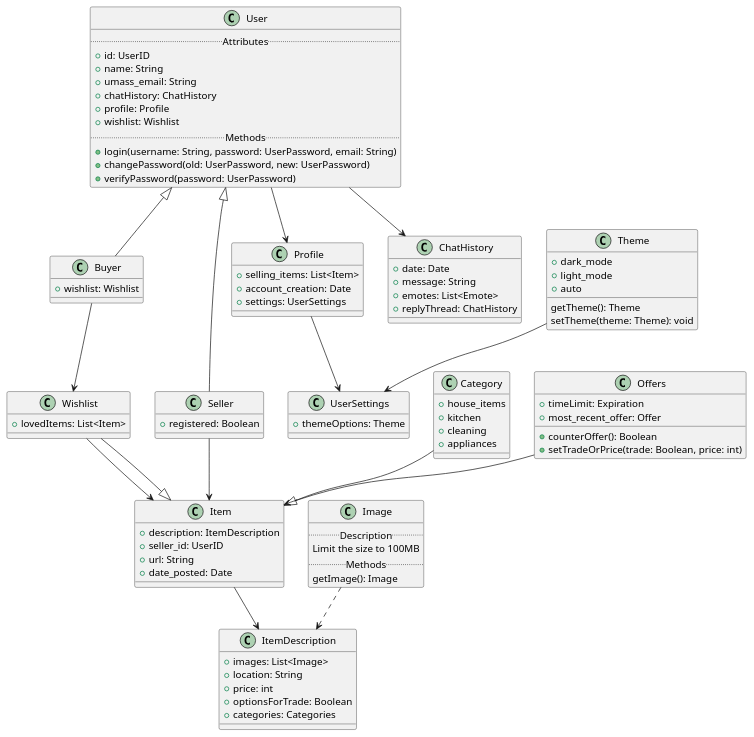
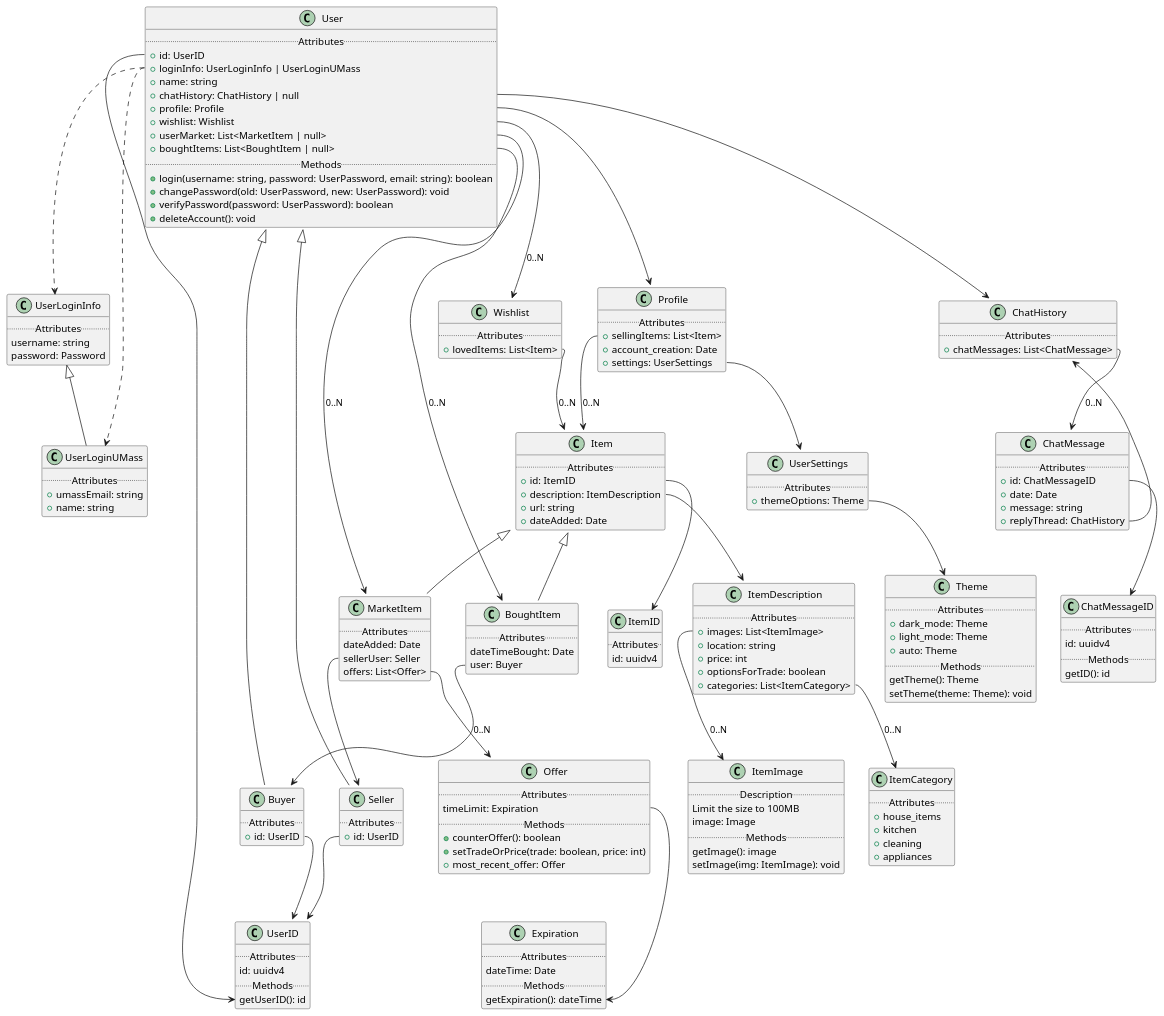
The diagram in projectDiagram.puml (sophiatangg/CS320-Student-Marketplace), drawn with PlantUML before and after one commit.

```diff
--- a/projectDiagram.puml
+++ b/projectDiagram.puml
@@ -7,111 +7,213 @@
 class User {
   .. Attributes ..
   + id: UserID
-  + name: String
-  + umass_email: String
-  + chatHistory: ChatHistory
+  + loginInfo: UserLoginInfo | UserLoginUMass
+  + name: string
+  + chatHistory: ChatHistory | null
   + profile: Profile
   + wishlist: Wishlist
+  + userMarket: List<MarketItem | null>
+  + boughtItems: List<BoughtItem | null>
   .. Methods ..
-  + login(username: String, password: UserPassword, email: String)
-  + changePassword(old: UserPassword, new: UserPassword)
-  + verifyPassword(password: UserPassword)
+  + login(username: string, password: UserPassword, email: string): boolean
+  + changePassword(old: UserPassword, new: UserPassword): void
+  + verifyPassword(password: UserPassword): boolean
+  + deleteAccount(): void
 }
 
-class Buyer {
-  + wishlist: Wishlist
+class UserLoginInfo {
+  .. Attributes ..
+  username: string
+  password: Password
 }
 
-class Seller {
-  + registered: Boolean
+class UserLoginUMass extends UserLoginInfo {
+  .. Attributes ..
+  + umassEmail: string
+  + name: string
 }
 
-User <|-- Buyer
-User <|-- Seller
+class UserID {
+  .. Attributes ..
+  id: uuidv4
+  .. Methods ..
+  getUserID(): id
+}
+
+class Buyer extends User {
+  .. Attributes ..
+  + id: UserID
+}
+
+
+class Seller extends User {
+  .. Attributes ..
+  + id: UserID
+}
+
+
 
 class Item {
+  .. Attributes ..
+  + id: ItemID
   + description: ItemDescription
-  + seller_id: UserID
-  + url: String
-  + date_posted: Date
+  + url: string
+  + dateAdded: Date
 }
 
+class MarketItem extends Item{
+  .. Attributes ..
+  dateAdded: Date
+  sellerUser: Seller
+  offers: List<Offer>
+}
+
+class BoughtItem extends Item {
+  .. Attributes ..
+  dateTimeBought: Date
+  user: Buyer
+}
+
+
+class ItemID{
+  .. Attributes ..
+  id: uuidv4
+}
+
+
 class Wishlist {
+  .. Attributes ..
   + lovedItems: List<Item>
 }
 
-Item <|-- Wishlist
 
 class ItemDescription {
-  + images: List<Image>
-  + location: String
+  .. Attributes ..
+  + images: List<ItemImage>
+  + location: string
   + price: int
-  + optionsForTrade: Boolean
-  + categories: Categories
+  + optionsForTrade: boolean
+  + categories: List<ItemCategory>
 }
 
-Item --> ItemDescription
 
-class Image{
+class ItemImage{
   .. Description ..
   Limit the size to 100MB
+  image: Image
   .. Methods ..
-  getImage(): Image
+  getImage(): image
+  setImage(img: ItemImage): void
 }
 
-Image ..> ItemDescription
 
-class Category {
+class ItemCategory {
+  .. Attributes ..
   + house_items
   + kitchen
   + cleaning
   + appliances
 }
 
-Category --|> Item
-
 class Profile {
-  + selling_items: List<Item>
+  .. Attributes ..
+  + sellingItems: List<Item>
   + account_creation: Date
   + settings: UserSettings
 }
 
-User --> Profile
 
 class ChatHistory {
+  .. Attributes ..
+  + chatMessages: List<ChatMessage>
+}
+
+class ChatMessage {
+  .. Attributes ..
+  + id: ChatMessageID
   + date: Date
-  + message: String
-  + emotes: List<Emote>
+  + message: string
   + replyThread: ChatHistory
 }
 
-User --> ChatHistory
+
+class ChatMessageID {
+  .. Attributes ..
+  id: uuidv4
+  .. Methods ..
+  getID(): id
+}
+
 
 class UserSettings {
+  .. Attributes ..
   + themeOptions: Theme
 }
 
-Profile --> UserSettings
 
 class Theme {
-  + dark_mode
-  + light_mode
-  + auto
+  .. Attributes ..
+  + dark_mode: Theme
+  + light_mode: Theme
+  + auto: Theme
+  .. Methods ..
   getTheme(): Theme
   setTheme(theme: Theme): void
 }
 
-Theme --> UserSettings
-
-class Offers {
-  + timeLimit: Expiration
-  + counterOffer(): Boolean
-  + setTradeOrPrice(trade: Boolean, price: int)
+class Offer {
+  .. Attributes ..
+  timeLimit: Expiration
+  .. Methods ..
+  + counterOffer(): boolean
+  + setTradeOrPrice(trade: boolean, price: int)
   + most_recent_offer: Offer
 }
 
-Buyer --> Wishlist
-Seller --> Item
-Wishlist --> Item
-Offers --> Item
+
+class Expiration{
+  .. Attributes ..
+  dateTime: Date
+  .. Methods ..
+  getExpiration(): dateTime
+}
+
+
+User::id --> UserID::getUserID
+User::loginInfo ..> UserLoginInfo
+User::loginInfo ..> UserLoginUMass
+User::chatHistory --> ChatHistory
+User::userMarket --> MarketItem: "0..N"
+User::wishlist --> Wishlist: "0..N"
+User::boughtItems --> BoughtItem: "0..N"
+User::profile --> Profile
+
+Buyer::id --> UserID
+Seller::id --> UserID
+
+MarketItem::sellerUser --> Seller
+MarketItem::offers --> Offer: "0..N"
+
+BoughtItem::user --> Buyer
+
+Item::id --> ItemID
+Item::description --> ItemDescription
+
+Wishlist::lovedItems --> Item: "0..N"
+
+ItemDescription::images --> ItemImage: "0..N"
+ItemDescription::categories --> ItemCategory: "0..N"
+
+Profile::sellingItems --> Item: "0..N"
+Profile::settings --> UserSettings
+
+ChatMessage::id --> ChatMessageID
+ChatMessage::replyThread --> ChatHistory
+
+ChatHistory::chatMessages --> ChatMessage: "0..N"
+
+UserSettings::themeOptions --> Theme
+
+Offer::timeLimit --> Expiration::getExpiration
+
 @enduml
```
